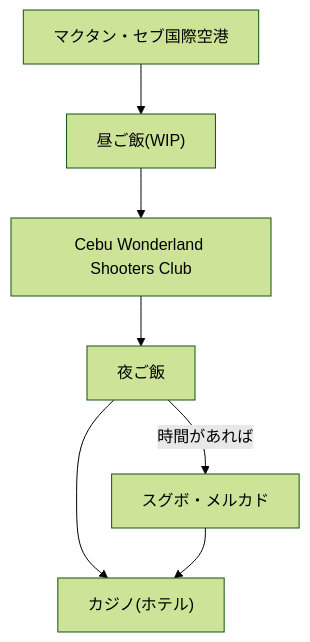
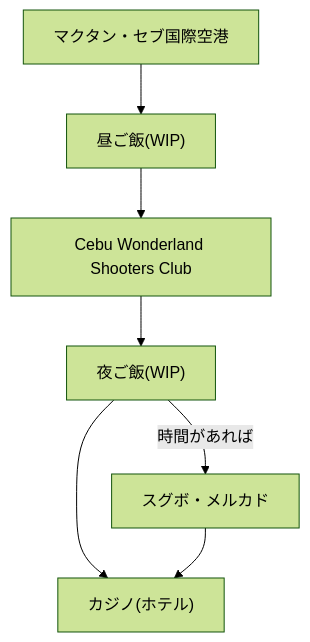
One commit to TKG-happy/Cebu_Island_travel_plan changed the diagram in plan.md. Above: the diagram before and after it, drawn with Mermaid (forest theme). The commit also changed other lines of this file, not shown here.

````diff
--- a/plan.md
+++ b/plan.md
@@ -15,13 +15,13 @@
 ```mermaid
 flowchart TB
     A["マクタン・セブ国際空港"] --> B["昼ご飯(WIP)"]
 
     B --> C["Cebu Wonderland Shooters Club"]
     click C "https://www.cebu-tours.com/gun" "Cebu Wonderland Shooters Club"
 
-    C --> D["夜ご飯"]
+    C --> D["夜ご飯(WIP)"]
     D --> |時間があれば|E["スグボ・メルカド"]
     D --> F["カジノ(ホテル)"]
     E --> F["カジノ(ホテル)"]
     click E "https://www.ceburyugaku-master.com/activity/sugbo.html" "スグボ・メルカド"
 ```
````
